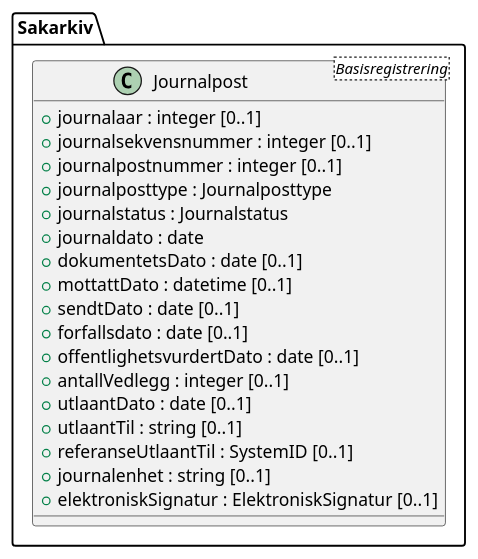
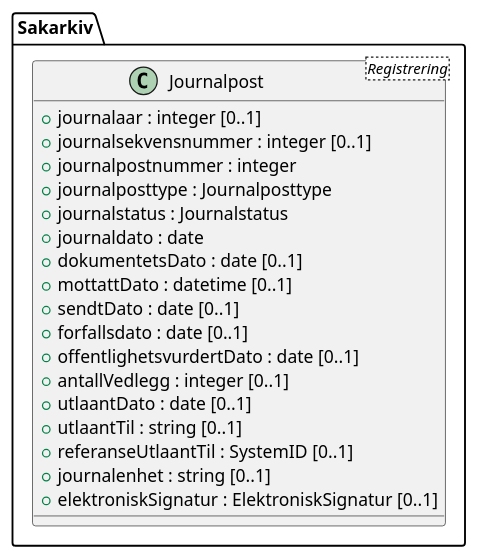
The diagram in kapitler/media/uml-class-journalpost.iuml (arkivverket/noark5-tjenestegrensesnitt-standard), drawn with PlantUML before and after one commit. The commit also changed 33 other files, not shown here.

```diff
--- a/kapitler/media/uml-class-journalpost.iuml
+++ b/kapitler/media/uml-class-journalpost.iuml
@@ -1,21 +1,21 @@
 @startuml
-class Sakarkiv.Journalpost <Basisregistrering> {
+class Sakarkiv.Journalpost <Registrering> {
   +journalaar : integer [0..1]
   +journalsekvensnummer : integer [0..1]
-  +journalpostnummer : integer [0..1]
+  +journalpostnummer : integer
   +journalposttype : Journalposttype
   +journalstatus : Journalstatus
   +journaldato : date
   +dokumentetsDato : date [0..1]
   +mottattDato : datetime [0..1]
   +sendtDato : date [0..1]
   +forfallsdato : date [0..1]
   +offentlighetsvurdertDato : date [0..1]
   +antallVedlegg : integer [0..1]
   +utlaantDato : date [0..1]
   +utlaantTil : string [0..1]
   +referanseUtlaantTil : SystemID [0..1]
   +journalenhet : string [0..1]
   +elektroniskSignatur : ElektroniskSignatur [0..1]
 }
 @enduml
```
